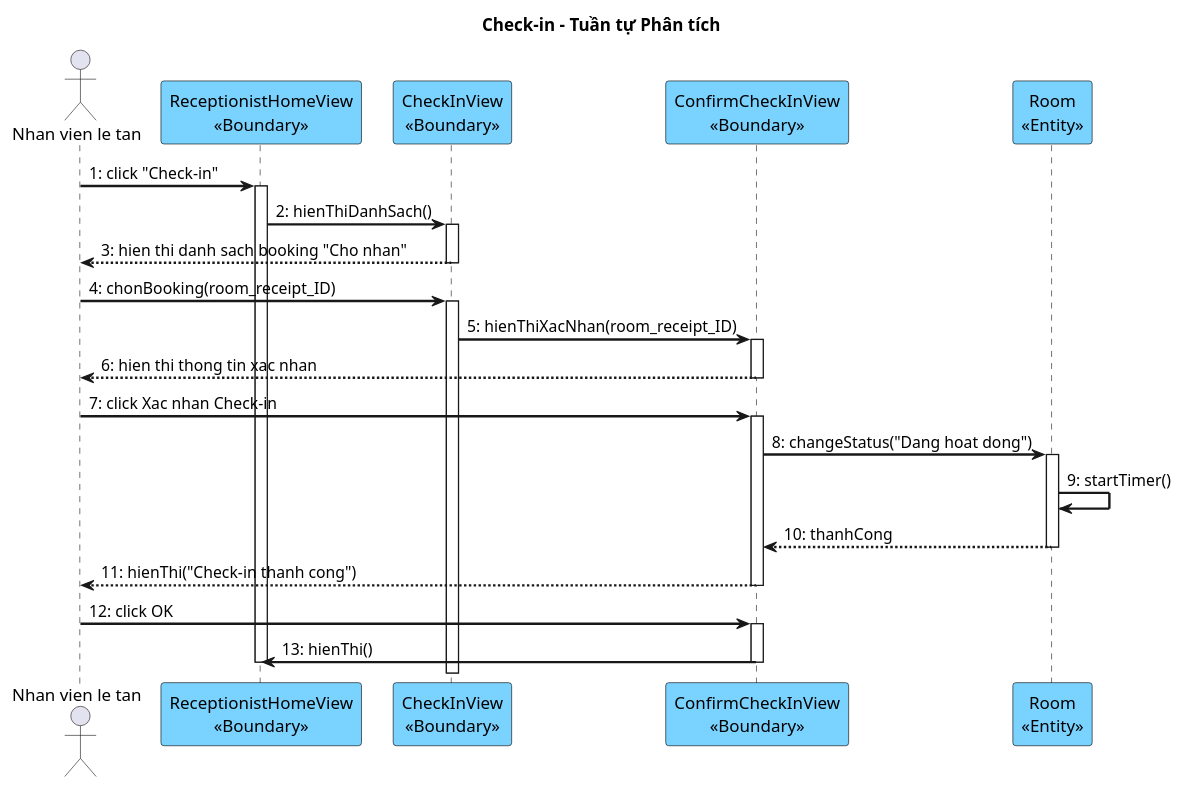
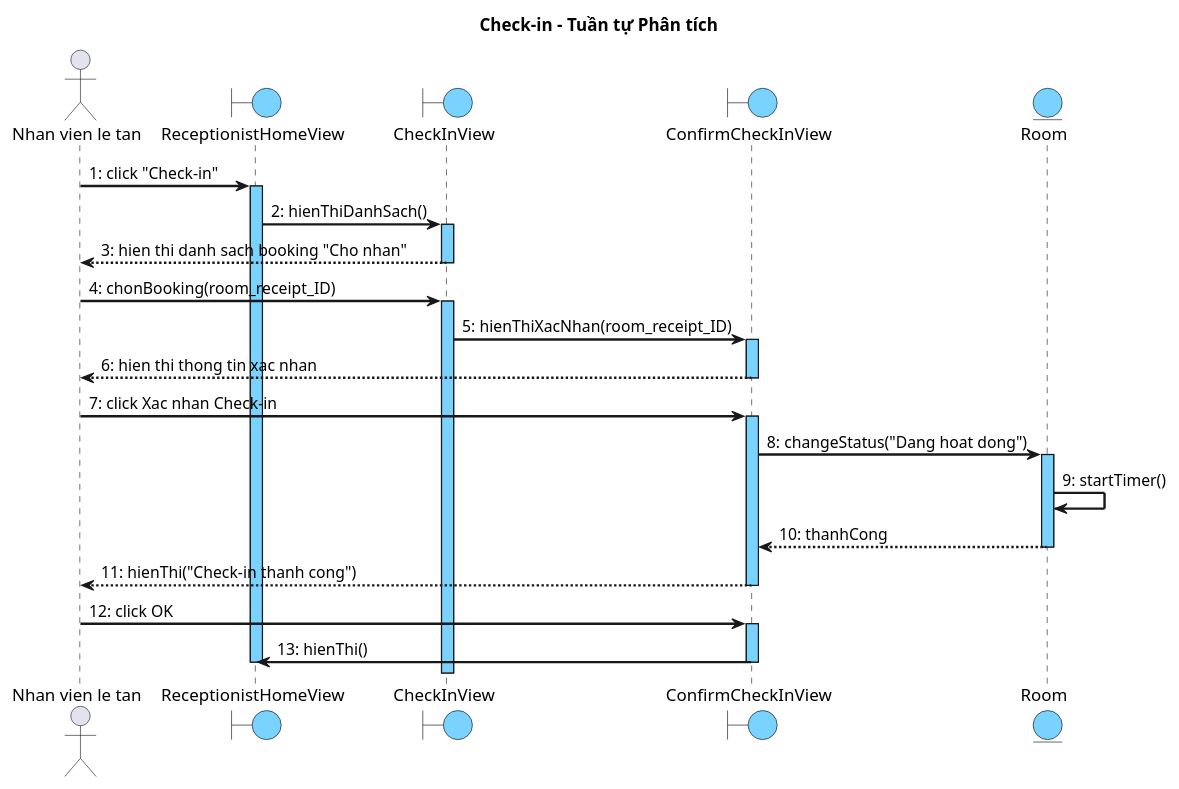
The seventh of 8 diagrams in docs/tabs/section-booking-ii.3-2.4.md (thanhtrnnn/cnpm), drawn with PlantUML before and after one commit. The commit also changed other lines of this file and 10 other files, not shown here.

First line of the commit message:
fix: sequence diagrams - blue activation bars + boundary/entity circle symbols

````diff
--- a/docs/tabs/section-booking-ii.3-2.4.md
+++ b/docs/tabs/section-booking-ii.3-2.4.md
@@ -533,51 +535,52 @@
 ```plantuml
 @startuml
 skinparam shadowing false
 skinparam SequenceMessageAlign left
 skinparam SequenceArrowThickness 2
+skinparam SequenceLifeLineBackgroundColor #7AD2FF
 skinparam ParticipantBackgroundColor #7AD2FF
 skinparam ParticipantBorderColor black
 skinparam BoundaryBackgroundColor #7AD2FF
 skinparam BoundaryBorderColor black
 skinparam EntityBackgroundColor #7AD2FF
 skinparam EntityBorderColor black
 
 title Check-in – Tuần tự Phân tích
 
 actor "Nhan vien le tan" as NV
-participant "ReceptionistHomeView\n<<Boundary>>" as Home
-participant "CheckInView\n<<Boundary>>" as CIV
-participant "ConfirmCheckInView\n<<Boundary>>" as CCV
-participant "Room\n<<Entity>>" as Room
+boundary "ReceptionistHomeView" as Home
+boundary "CheckInView" as CIV
+boundary "ConfirmCheckInView" as CCV
+entity "Room" as Room
 
 NV -> Home : 1: click "Check-in"
 activate Home
 Home -> CIV : 2: hienThiDanhSach()
 activate CIV
 CIV --> NV : 3: hien thi danh sach booking "Cho nhan"
 deactivate CIV
 
 NV -> CIV : 4: chonBooking(room_receipt_ID)
 activate CIV
 CIV -> CCV : 5: hienThiXacNhan(room_receipt_ID)
 activate CCV
 CCV --> NV : 6: hien thi thong tin xac nhan
 deactivate CCV
 
 NV -> CCV : 7: click Xac nhan Check-in
 activate CCV
 CCV -> Room : 8: changeStatus("Dang hoat dong")
 activate Room
 Room -> Room : 9: startTimer()
 Room --> CCV : 10: thanhCong
 deactivate Room
 CCV --> NV : 11: hienThi("Check-in thanh cong")
 deactivate CCV
 
 NV -> CCV : 12: click OK
 activate CCV
 CCV -> Home : 13: hienThi()
 deactivate CCV
 deactivate Home
 @enduml
 ```
````
